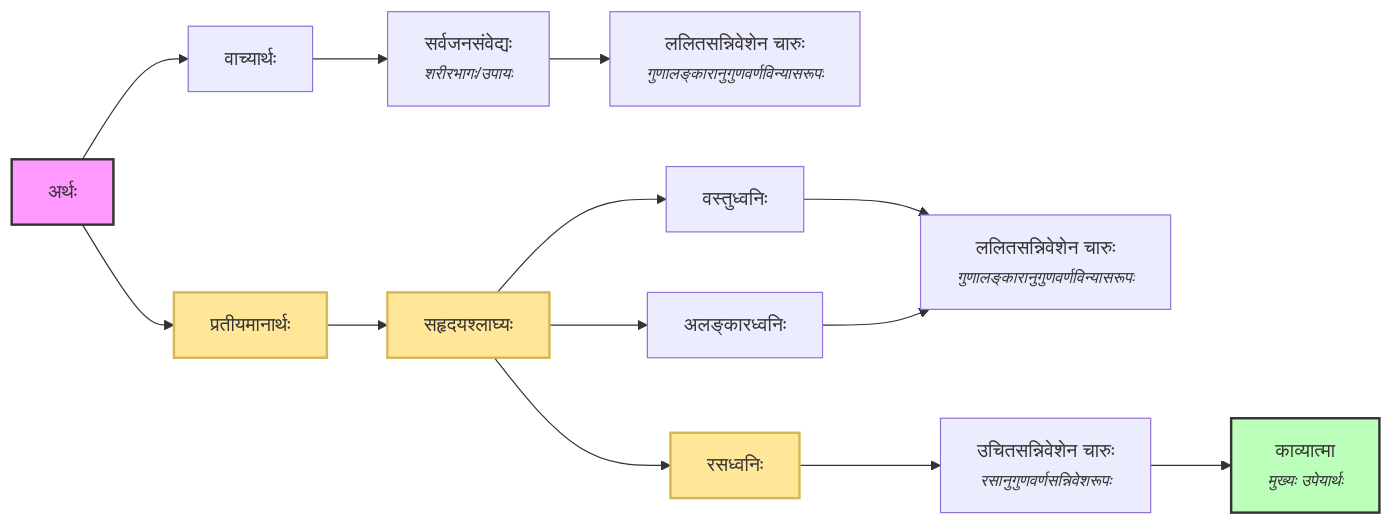
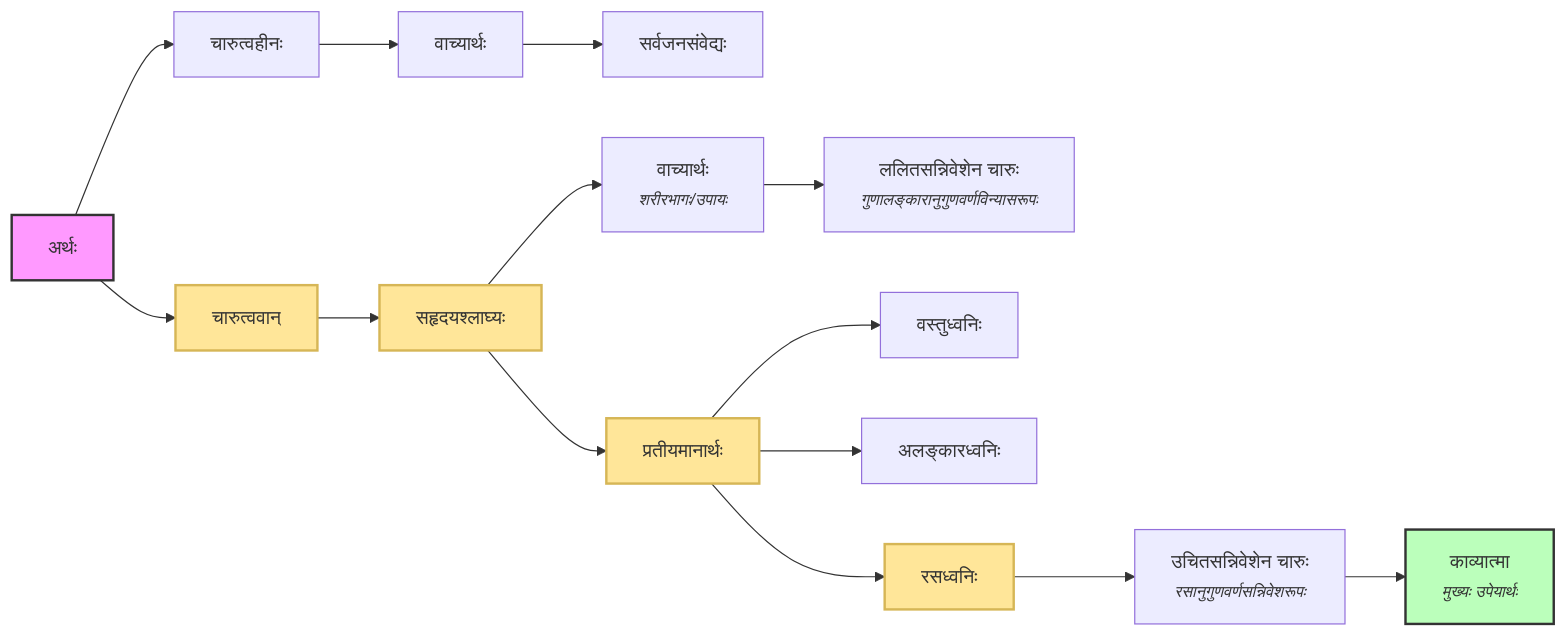
Before and after one commit to vagvibha/sahitya: the diagram in contents/shastra/sahitya/da/01/da1-02.md, drawn with Mermaid. The commit also changed 8 other files, not shown here.

````diff
--- a/contents/shastra/sahitya/da/01/da1-02.md
+++ b/contents/shastra/sahitya/da/01/da1-02.md
@@ -74,28 +74,25 @@
 ```mermaid
 
 graph LR
-    A["अर्थः"] --> B["वाच्यार्थः"]
-    A --> C["प्रतीयमानार्थः"]
+    A["अर्थः"] --> CH["चारुत्वहीनः"] --> B["वाच्यार्थः"] --> B1["सर्वजनसंवेद्यः<br/>"]
 
-    B --> B1["सर्वजनसंवेद्यः<br/><small><i>शरीरभागः/उपायः</i><small>"]
-    B1 --> B2["ललितसन्निवेशेन चारुः<br/><small><i>गुणालङ्कारानुगुणवर्णविन्यासरूपः</i></small>"]
+    A --> C["चारुत्ववान्"]
+    C --> D["सहृदयश्लाघ्यः"] --> V["वाच्यार्थः<br><small><i>शरीरभागः/उपायः</i><small>"] 
+    V --> E1["ललितसन्निवेशेन चारुः<br/><small><i>गुणालङ्कारानुगुणवर्णविन्यासरूपः</i></small>"]
 
-    C --> D["सहृदयश्लाघ्यः"]
-    D --> D1["वस्तुध्वनिः"]
-    D --> D2["अलङ्कारध्वनिः"]
-    D --> D3["रसध्वनिः"]
+    D --> P["प्रतीयमानार्थः"]
+    P --> P1["वस्तुध्वनिः"]
+    P --> P2["अलङ्कारध्वनिः"]
+    P --> P3["रसध्वनिः"]
 
-    D1 --> E1["ललितसन्निवेशेन चारुः<br/><small><i>गुणालङ्कारानुगुणवर्णविन्यासरूपः</i></small>"]
-    D2 --> E1
-
-    D3 --> E2["उचितसन्निवेशेन चारुः<br/><small><i>रसानुगुणवर्णसन्निवेशरूपः<i></small>"]
+    P3 --> E2["उचितसन्निवेशेन चारुः<br/><small><i>रसानुगुणवर्णसन्निवेशरूपः<i></small>"]
     E2 --> F["काव्यात्मा<br/><small><i>मुख्यः उपेयार्थः</i></small>"]
 
     %% Styling
     classDef main fill:#f9f,stroke:#333,stroke-width:2px;
     classDef soul fill:#bfb,stroke:#333,stroke-width:2px;
     classDef rasa fill:#ffe699,stroke:#d6b656,stroke-width:2px;
     class A main;
-    class D,C,D3 rasa;
-    class F soul;    
+    class C,D,P,P3 rasa;
+    class F soul;
 ```
````
